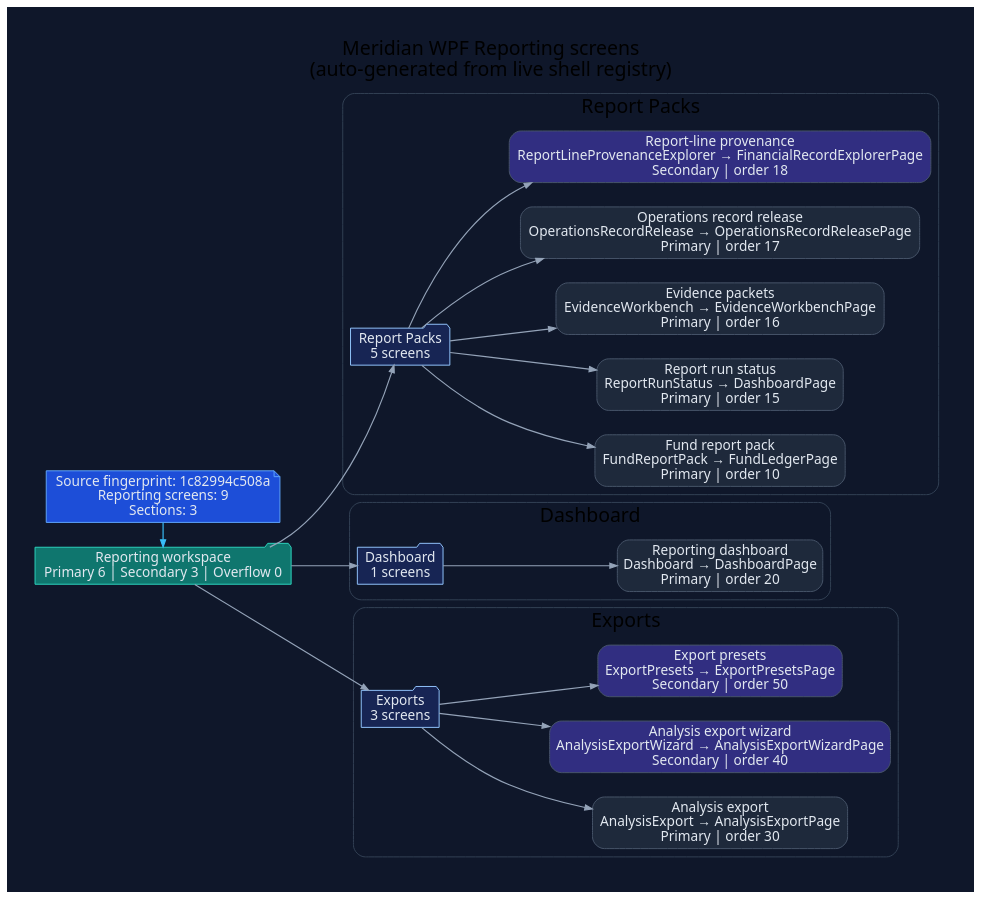
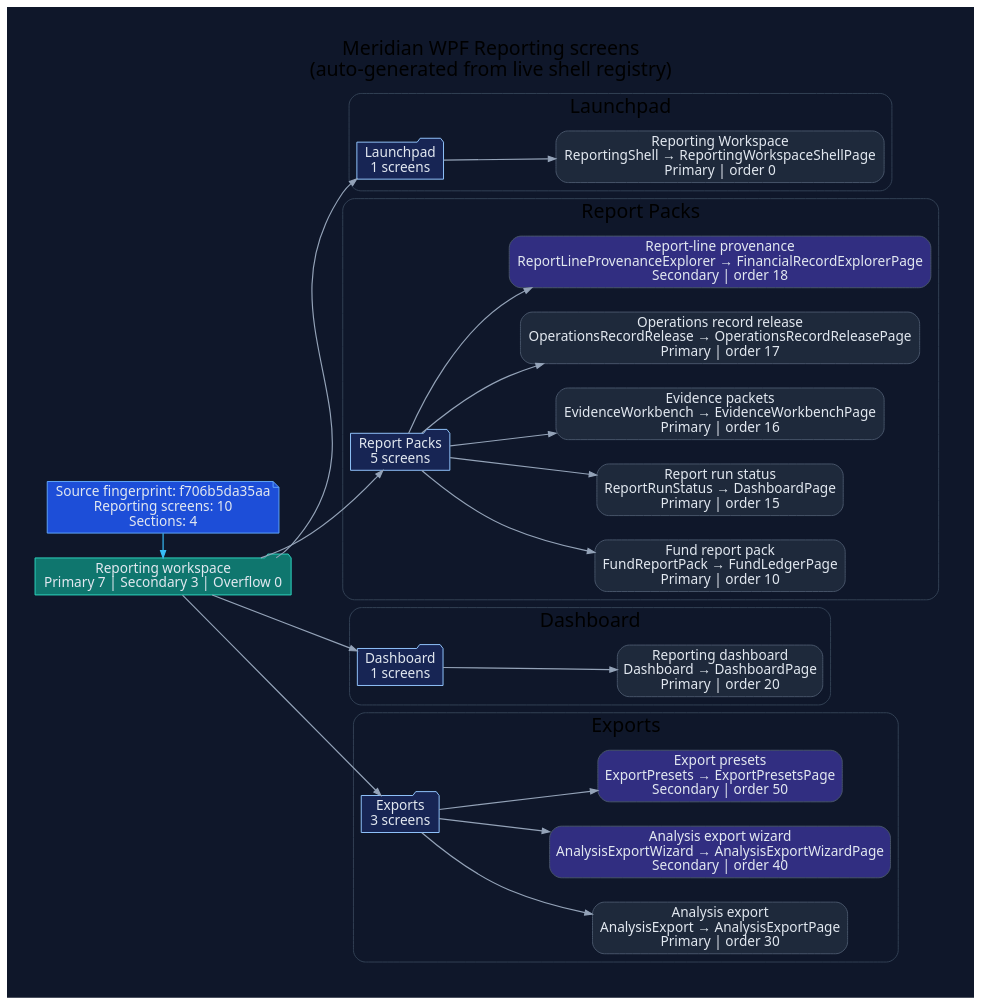
Before and after one commit to rodoHasArrived/Meridian-main: the diagram in docs/diagrams/ui-wpf-screens-reporting.dot, drawn with Graphviz. The commit also changed 31 other files, not shown here.

First line of the commit message:
WPF: keep page registration subtitles as literals so the screen diagrams parse; regenerate diagrams

```diff
--- a/docs/diagrams/ui-wpf-screens-reporting.dot
+++ b/docs/diagrams/ui-wpf-screens-reporting.dot
@@ -1,68 +1,78 @@
 // -----------------------------------------------------------------------------
 // <auto-generated>
 // Generated by scripts/generate-diagrams.mjs.
 // Do not edit this file directly; update the WPF source files instead.
 // -----------------------------------------------------------------------------
 digraph WpfReportingScreens {
   graph [
     rankdir=LR,
     labelloc=t,
     label="Meridian WPF Reporting screens\n(auto-generated from live shell registry)",
     fontname="Segoe UI",
     fontsize=20,
     pad=0.4,
     nodesep=0.35,
     ranksep=0.85,
     bgcolor="#0f172a"
   ];
   node [fontname="Segoe UI", shape=box, style="rounded,filled", color="#475569", fontcolor="#e2e8f0", fillcolor="#1e293b"];
   edge [fontname="Segoe UI", color="#94a3b8", penwidth=1.2, arrowsize=0.75];
 
-  generated [shape=note, fillcolor="#1d4ed8", color="#60a5fa", label="Source fingerprint: 1c82994c508a\nReporting screens: 9\nSections: 3"];
-  workspace [shape=folder, fillcolor="#0f766e", color="#2dd4bf", label="Reporting workspace\nPrimary 6 | Secondary 3 | Overflow 0"];
+  generated [shape=note, fillcolor="#1d4ed8", color="#60a5fa", label="Source fingerprint: f706b5da35aa\nReporting screens: 10\nSections: 4"];
+  workspace [shape=folder, fillcolor="#0f766e", color="#2dd4bf", label="Reporting workspace\nPrimary 7 | Secondary 3 | Overflow 0"];
   generated -> workspace [color="#38bdf8"];
 
   subgraph cluster_section_1 {
+    label="Launchpad";
+    color="#334155";
+    style="rounded";
+    section_1 [shape=folder, fillcolor="#172554", color="#93c5fd", label="Launchpad\n1 screens"];
+    workspace -> section_1;
+    screen_ReportingShell [fillcolor="#1e293b", label="Reporting Workspace\nReportingShell → ReportingWorkspaceShellPage\nPrimary | order 0"];
+    section_1 -> screen_ReportingShell;
+  }
+
+  subgraph cluster_section_2 {
     label="Report Packs";
     color="#334155";
     style="rounded";
-    section_1 [shape=folder, fillcolor="#172554", color="#93c5fd", label="Report Packs\n5 screens"];
-    workspace -> section_1;
+    section_2 [shape=folder, fillcolor="#172554", color="#93c5fd", label="Report Packs\n5 screens"];
+    workspace -> section_2;
     screen_FundReportPack [fillcolor="#1e293b", label="Fund report pack\nFundReportPack → FundLedgerPage\nPrimary | order 10"];
-    section_1 -> screen_FundReportPack;
+    section_2 -> screen_FundReportPack;
     screen_ReportRunStatus [fillcolor="#1e293b", label="Report run status\nReportRunStatus → DashboardPage\nPrimary | order 15"];
-    section_1 -> screen_ReportRunStatus;
+    section_2 -> screen_ReportRunStatus;
     screen_EvidenceWorkbench [fillcolor="#1e293b", label="Evidence packets\nEvidenceWorkbench → EvidenceWorkbenchPage\nPrimary | order 16"];
-    section_1 -> screen_EvidenceWorkbench;
+    section_2 -> screen_EvidenceWorkbench;
     screen_OperationsRecordRelease [fillcolor="#1e293b", label="Operations record release\nOperationsRecordRelease → OperationsRecordReleasePage\nPrimary | order 17"];
-    section_1 -> screen_OperationsRecordRelease;
+    section_2 -> screen_OperationsRecordRelease;
     screen_ReportLineProvenanceExplorer [fillcolor="#312e81", label="Report-line provenance\nReportLineProvenanceExplorer → FinancialRecordExplorerPage\nSecondary | order 18"];
-    section_1 -> screen_ReportLineProvenanceExplorer;
+    section_2 -> screen_ReportLineProvenanceExplorer;
   }
 
-  subgraph cluster_section_2 {
+  subgraph cluster_section_3 {
     label="Dashboard";
     color="#334155";
     style="rounded";
-    section_2 [shape=folder, fillcolor="#172554", color="#93c5fd", label="Dashboard\n1 screens"];
-    workspace -> section_2;
+    section_3 [shape=folder, fillcolor="#172554", color="#93c5fd", label="Dashboard\n1 screens"];
+    workspace -> section_3;
     screen_Dashboard [fillcolor="#1e293b", label="Reporting dashboard\nDashboard → DashboardPage\nPrimary | order 20"];
-    section_2 -> screen_Dashboard;
+    section_3 -> screen_Dashboard;
   }
 
-  subgraph cluster_section_3 {
+  subgraph cluster_section_4 {
     label="Exports";
     color="#334155";
     style="rounded";
-    section_3 [shape=folder, fillcolor="#172554", color="#93c5fd", label="Exports\n3 screens"];
-    workspace -> section_3;
+    section_4 [shape=folder, fillcolor="#172554", color="#93c5fd", label="Exports\n3 screens"];
+    workspace -> section_4;
     screen_AnalysisExport [fillcolor="#1e293b", label="Analysis export\nAnalysisExport → AnalysisExportPage\nPrimary | order 30"];
-    section_3 -> screen_AnalysisExport;
+    section_4 -> screen_AnalysisExport;
     screen_AnalysisExportWizard [fillcolor="#312e81", label="Analysis export wizard\nAnalysisExportWizard → AnalysisExportWizardPage\nSecondary | order 40"];
-    section_3 -> screen_AnalysisExportWizard;
+    section_4 -> screen_AnalysisExportWizard;
     screen_ExportPresets [fillcolor="#312e81", label="Export presets\nExportPresets → ExportPresetsPage\nSecondary | order 50"];
-    section_3 -> screen_ExportPresets;
+    section_4 -> screen_ExportPresets;
   }
 
   { rank=min; generated; workspace; }
 }
```
